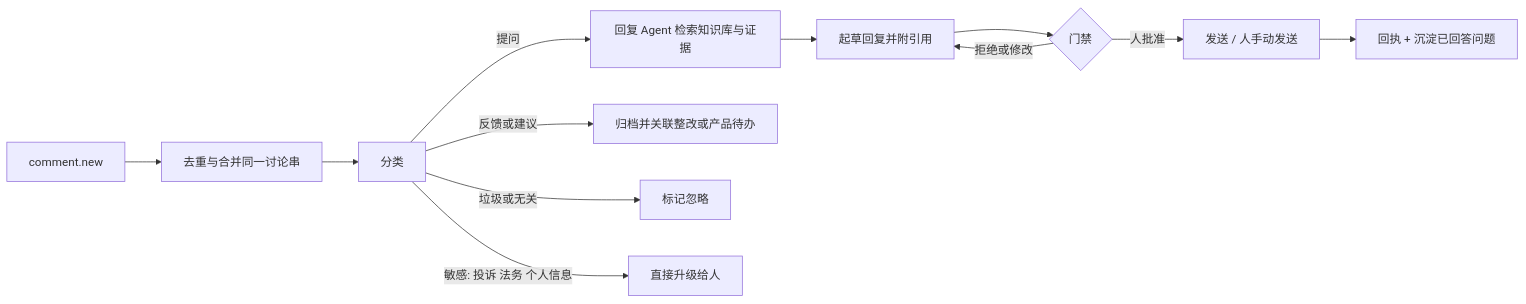
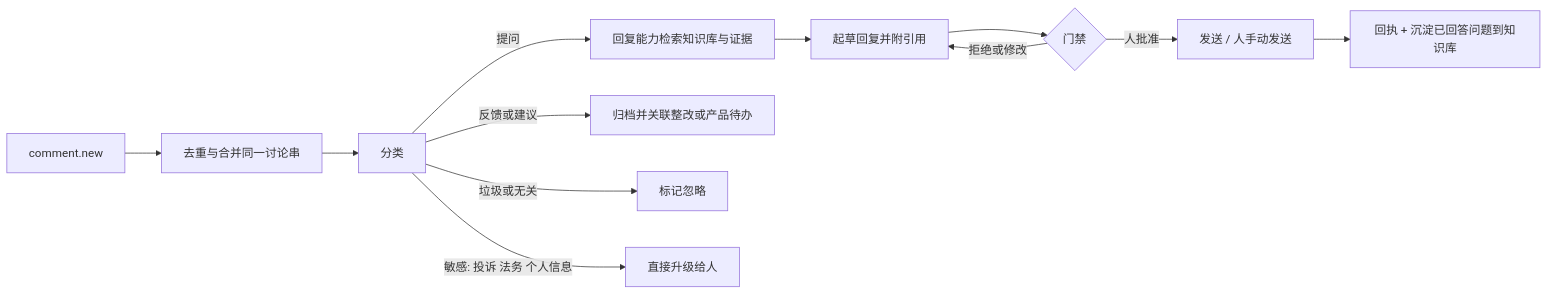
The second of 2 diagrams in docs/multi-agent-platform-design.md (honestTai/geo-console), drawn with Mermaid before and after one commit. The commit also changed other lines of this file, not shown here.

Commit message:
docs: revise multi-agent design for agent-agnostic ACP and vault knowledge base

````diff
--- a/docs/multi-agent-platform-design.md
+++ b/docs/multi-agent-platform-design.md
@@ -302,14 +373,14 @@
 ```mermaid
 flowchart LR
   A[comment.new] --> B[去重与合并同一讨论串]
   B --> C[分类]
-  C -->|提问| D[回复 Agent 检索知识库与证据]
+  C -->|提问| D[回复能力检索知识库与证据]
   C -->|反馈或建议| E[归档并关联整改或产品待办]
   C -->|垃圾或无关| F[标记忽略]
   C -->|敏感: 投诉 法务 个人信息| G[直接升级给人]
   D --> H[起草回复并附引用]
   H --> I{门禁}
   I -->|人批准| J[发送 / 人手动发送]
   I -->|拒绝或修改| H
-  J --> K[回执 + 沉淀已回答问题]
+  J --> K[回执 + 沉淀已回答问题到知识库]
 ```
````
